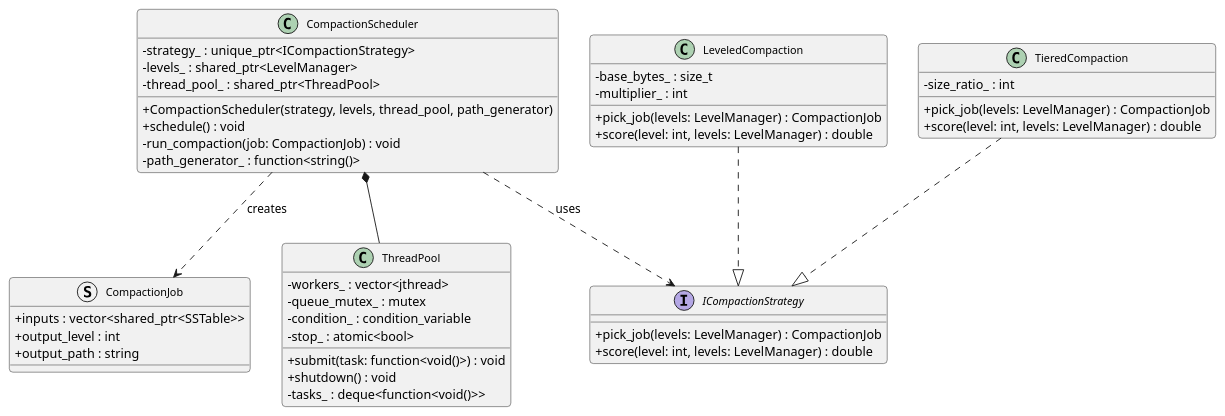
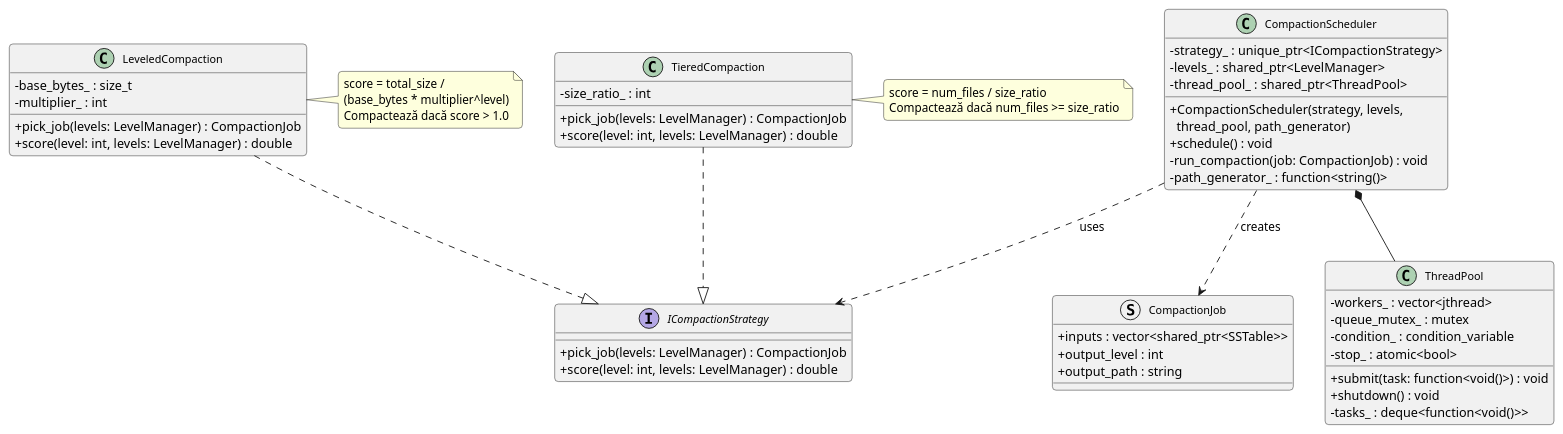
The diagram in docs/lsm_03_compaction.puml (IulianBirladeanu07/lsm_tree), drawn with PlantUML before and after one commit. The commit also changed 13 other files, not shown here.

Commit message:
updated existing documentation and diagrams

```diff
--- a/docs/lsm_03_compaction.puml
+++ b/docs/lsm_03_compaction.puml
@@ -1,57 +1,68 @@
 @startuml lsm_03_compaction
 skinparam classAttributeIconSize 0
 skinparam classFontSize 12
 skinparam roundCorner 8
 skinparam shadowing false
 
 class CompactionScheduler {
-  + CompactionScheduler(strategy, levels, thread_pool, path_generator)
+  + CompactionScheduler(strategy, levels,\n  thread_pool, path_generator)
   + schedule() : void
   - run_compaction(job: CompactionJob) : void
   - strategy_ : unique_ptr<ICompactionStrategy>
   - levels_ : shared_ptr<LevelManager>
   - thread_pool_ : shared_ptr<ThreadPool>
   - path_generator_ : function<string()>
 }
 
 interface ICompactionStrategy {
   + pick_job(levels: LevelManager) : CompactionJob
   + score(level: int, levels: LevelManager) : double
 }
 
 class LeveledCompaction {
   + pick_job(levels: LevelManager) : CompactionJob
   + score(level: int, levels: LevelManager) : double
   - base_bytes_ : size_t
   - multiplier_ : int
 }
 
+note right of LeveledCompaction
+  score = total_size /
+  (base_bytes * multiplier^level)
+  Compactează dacă score > 1.0
+end note
+
 class TieredCompaction {
   + pick_job(levels: LevelManager) : CompactionJob
   + score(level: int, levels: LevelManager) : double
   - size_ratio_ : int
 }
+
+note right of TieredCompaction
+  score = num_files / size_ratio
+  Compactează dacă num_files >= size_ratio
+end note
 
 struct CompactionJob {
   + inputs : vector<shared_ptr<SSTable>>
   + output_level : int
   + output_path : string
 }
 
 class ThreadPool {
   + submit(task: function<void()>) : void
   + shutdown() : void
   - workers_ : vector<jthread>
   - tasks_ : deque<function<void()>>
   - queue_mutex_ : mutex
   - condition_ : condition_variable
   - stop_ : atomic<bool>
 }
 
 CompactionScheduler *-- ThreadPool
 CompactionScheduler ..> ICompactionStrategy : uses
 CompactionScheduler ..> CompactionJob : creates
 LeveledCompaction ..|> ICompactionStrategy
 TieredCompaction  ..|> ICompactionStrategy
 
 @enduml
```
